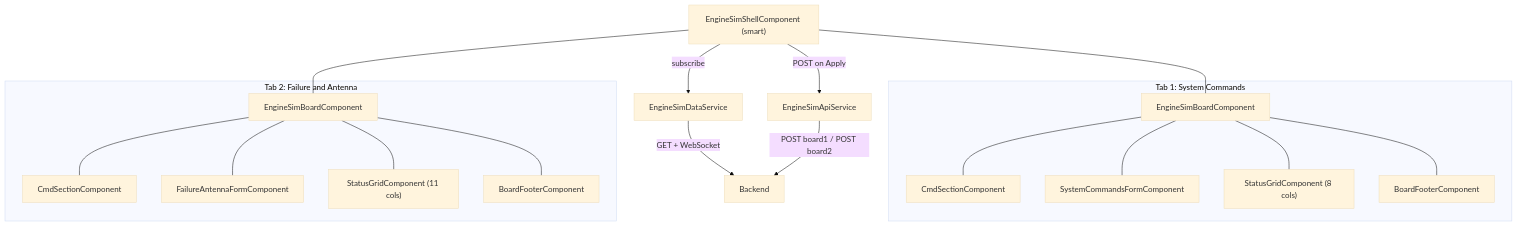
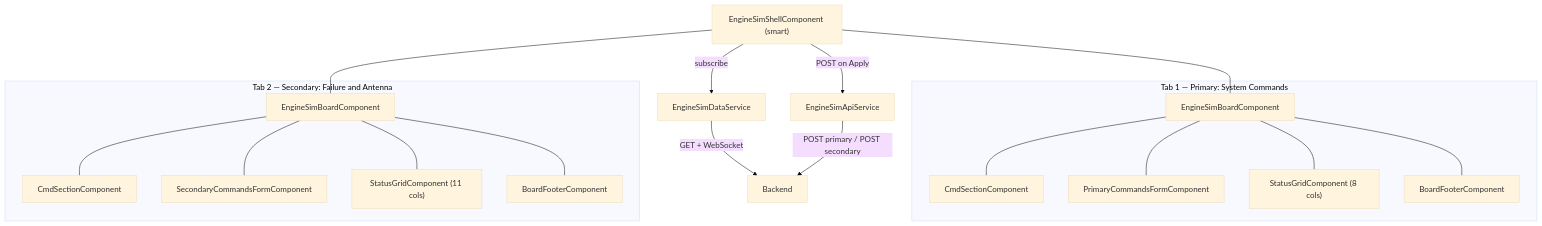
Before and after one commit to izhaq/angular-13-playground: the first of 2 diagrams in specs/sys-mode-dashboard/plan.md, drawn with Mermaid (base theme). The commit also changed other lines of this file and 16 other files, not shown here.

````diff
--- a/specs/sys-mode-dashboard/plan.md
+++ b/specs/sys-mode-dashboard/plan.md
@@ -15,39 +15,39 @@
 ```mermaid
 graph TD
     Shell["EngineSimShellComponent (smart)"]
     DataSvc["EngineSimDataService"]
     ApiSvc["EngineSimApiService"]
     
     Shell -->|"subscribe"| DataSvc
     Shell -->|"POST on Apply"| ApiSvc
     
-    subgraph tab1 [Tab 1: System Commands]
-        Board1["EngineSimBoardComponent"]
+    subgraph tab1 [Tab 1 — Primary: System Commands]
+        Primary["EngineSimBoardComponent"]
         Cmd1["CmdSectionComponent"]
-        Form1["SystemCommandsFormComponent"]
+        Form1["PrimaryCommandsFormComponent"]
         Grid1["StatusGridComponent (8 cols)"]
         Footer1["BoardFooterComponent"]
-        Board1 --- Cmd1
-        Board1 --- Form1
-        Board1 --- Grid1
-        Board1 --- Footer1
+        Primary --- Cmd1
+        Primary --- Form1
+        Primary --- Grid1
+        Primary --- Footer1
     end
     
-    subgraph tab2 [Tab 2: Failure and Antenna]
-        Board2["EngineSimBoardComponent"]
+    subgraph tab2 [Tab 2 — Secondary: Failure and Antenna]
+        Secondary["EngineSimBoardComponent"]
         Cmd2["CmdSectionComponent"]
-        Form2["FailureAntennaFormComponent"]
+        Form2["SecondaryCommandsFormComponent"]
         Grid2["StatusGridComponent (11 cols)"]
         Footer2["BoardFooterComponent"]
-        Board2 --- Cmd2
-        Board2 --- Form2
-        Board2 --- Grid2
-        Board2 --- Footer2
+        Secondary --- Cmd2
+        Secondary --- Form2
+        Secondary --- Grid2
+        Secondary --- Footer2
     end
     
-    Shell --- Board1
-    Shell --- Board2
+    Shell --- Primary
+    Shell --- Secondary
     
     DataSvc -->|"GET + WebSocket"| WS["Backend"]
-    ApiSvc -->|"POST board1 / POST board2"| WS
+    ApiSvc -->|"POST primary / POST secondary"| WS
 ```
````
